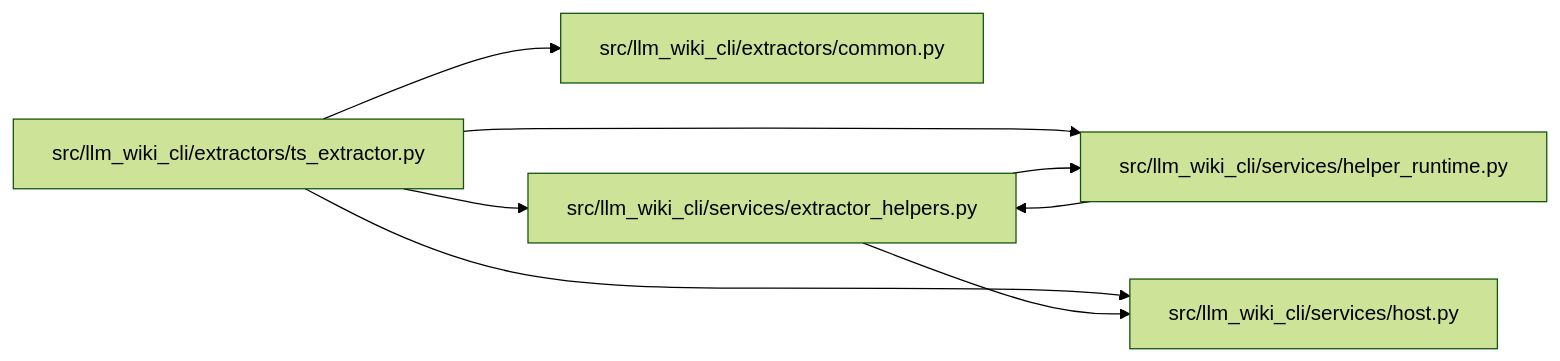
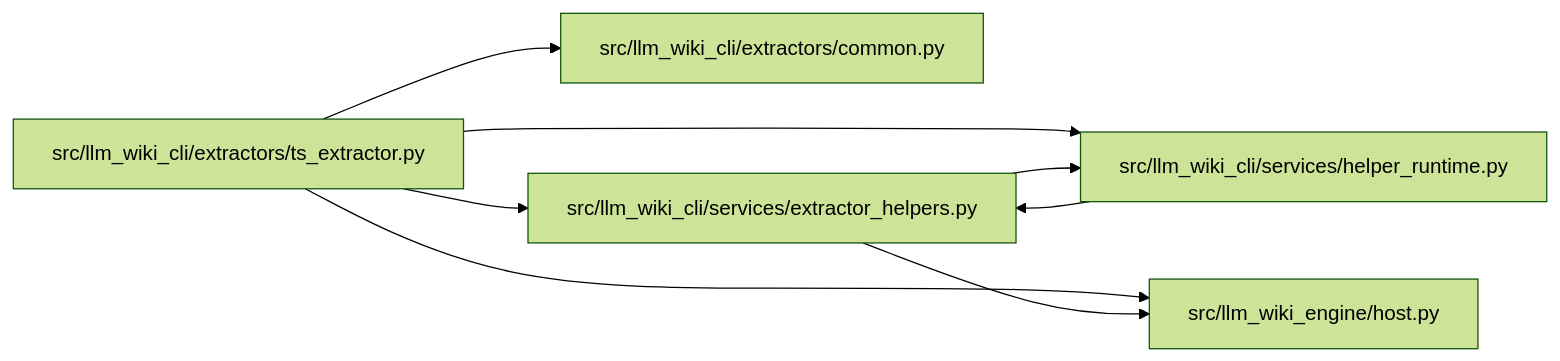
One commit to Denissvgn/python-wiki-llm changed the diagram in docs/llm_wiki/modules/ts_extractor.md. Above: the diagram before and after it, drawn with Mermaid (forest theme). The commit also changed other lines of this file and 1103 other files, not shown here.

First line of the commit message:
docs: refresh the wiki for the llm-wiki-engine distribution

````diff
--- a/docs/llm_wiki/modules/ts_extractor.md
+++ b/docs/llm_wiki/modules/ts_extractor.md
@@ -42,20 +42,20 @@
 ```mermaid
 flowchart LR
     n0["src/llm_wiki_cli/extractors/common.py"]
     n1["src/llm_wiki_cli/extractors/ts_extractor.py"]
     n2["src/llm_wiki_cli/services/extractor_helpers.py"]
     n3["src/llm_wiki_cli/services/helper_runtime.py"]
-    n4["src/llm_wiki_cli/services/host.py"]
+    n4["src/llm_wiki_engine/host.py"]
     n1 --> n0
     n1 --> n2
     n1 --> n3
     n1 --> n4
     n2 --> n3
     n2 --> n4
     n3 --> n2
     click n0 "../modules/common.md"
     click n1 "../modules/ts_extractor.md"
     click n2 "../modules/extractor_helpers.md"
     click n3 "../modules/helper_runtime.md"
     click n4 "../modules/host.md"
 ```
````
